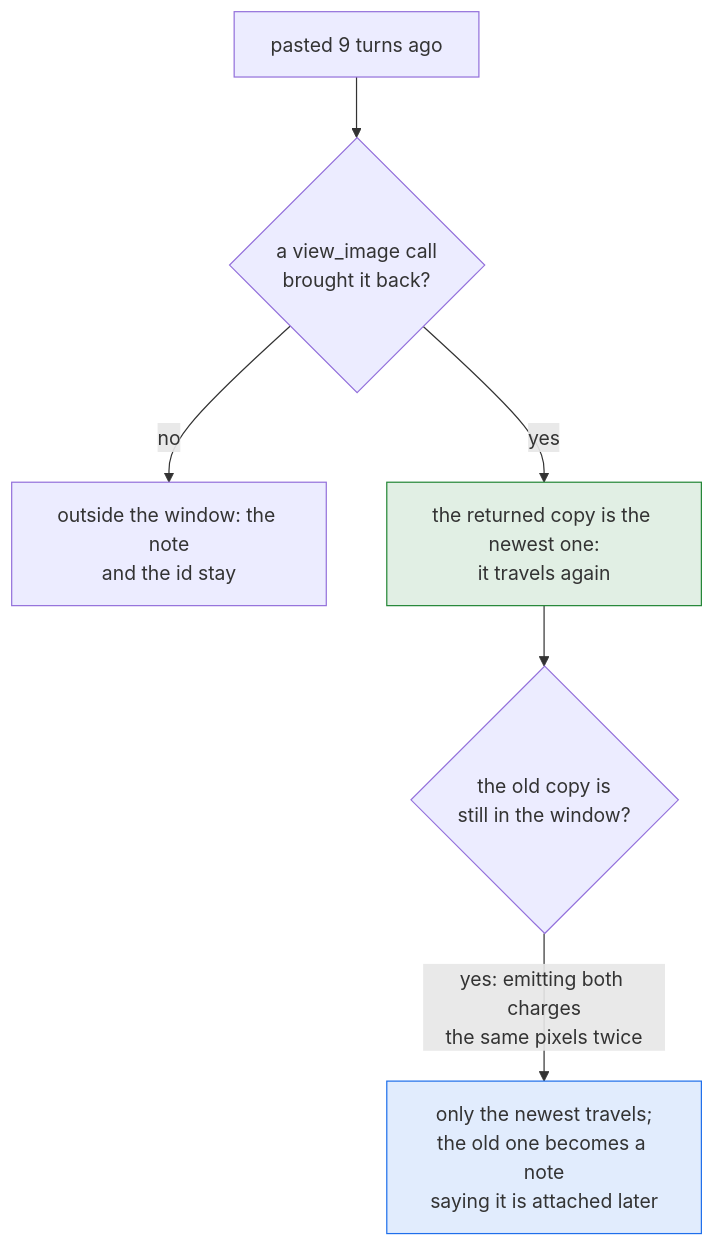
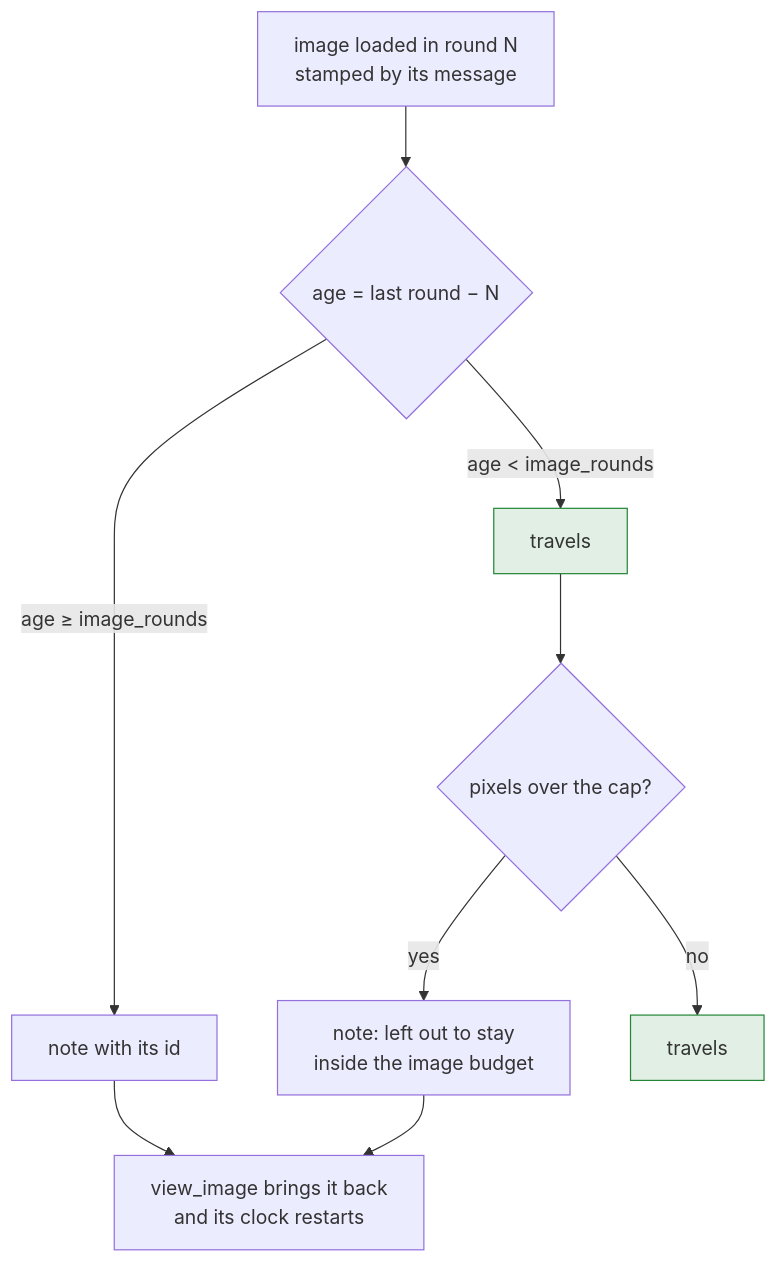
Diagram 14 of 15 in docs/context.md (GabrielMartinMoran/sigil), drawn with Mermaid before and after one commit. The commit also changed other lines of this file and 28 other files, not shown here.

````diff
--- a/docs/context.md
+++ b/docs/context.md
@@ -517,12 +519,15 @@
 ```mermaid
 flowchart TD
-    A["pasted 9 turns ago"] --> B{"a view_image call<br/>brought it back?"}
-    B -->|no| GONE["outside the window: the note<br/>and the id stay"]
-    B -->|yes| LIVE["the returned copy is the newest one:<br/>it travels again"]
+    A["image loaded in round N<br/>stamped by its message"] --> B{"age = last round − N"}
+    B -->|"age < image_rounds"| KEEP["travels"]
+    B -->|"age ≥ image_rounds"| DROP["note with its id"]
+    KEEP --> C{"pixels over the cap?"}
+    C -->|yes| DROP2["note: left out to stay<br/>inside the image budget"]
+    C -->|no| OK["travels"]
 
-    LIVE --> DEDUP{"the old copy is<br/>still in the window?"}
-    DEDUP -->|"yes: emitting both charges<br/>the same pixels twice"| ONE["only the newest travels;<br/>the old one becomes a note<br/>saying it is attached later"]
+    DROP --> BACK["view_image brings it back<br/>and its clock restarts"]
+    DROP2 --> BACK
 
-    style LIVE fill:#23863622,stroke:#238636
-    style ONE fill:#1f6feb22,stroke:#1f6feb
+    style KEEP fill:#23863622,stroke:#238636
+    style OK fill:#23863622,stroke:#238636
 ```
````
